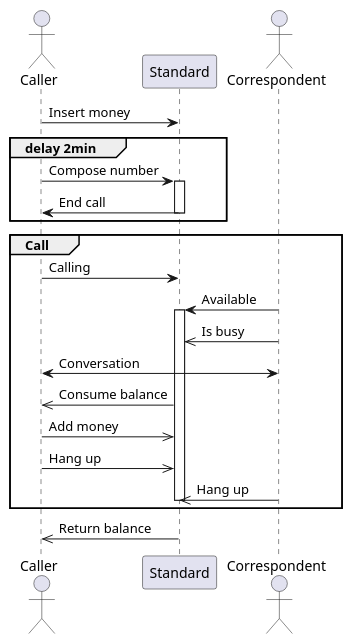
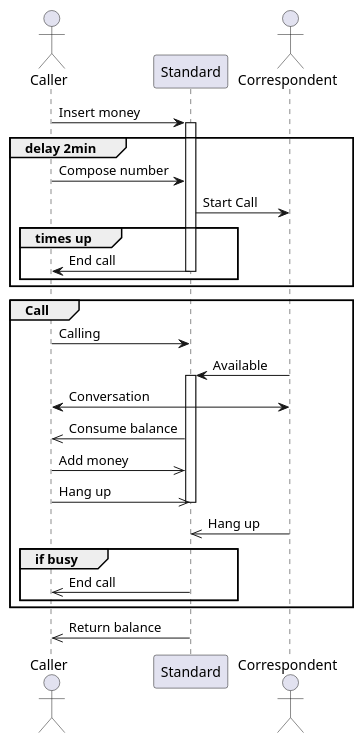
Before and after one commit to lpodev/publiphone: the diagram in sequence.puml, drawn with PlantUML.

Commit message:
Update sequence diagram

```diff
--- a/sequence.puml
+++ b/sequence.puml
@@ -1,28 +1,34 @@
 @startuml
 
 actor Caller as Caller order 1
 participant Standard order 2
 actor Correspondent order 3
 
 Caller -> Standard: Insert money
+activate Standard
 group delay 2min
 Caller -> Standard : Compose number
-activate Standard
+Standard -> Correspondent : Start Call 
+group times up 
 Standard -> Caller : End call
 deactivate Standard 
+end
 end
 group Call
 Caller -> Standard : Calling
 Correspondent -> Standard : Available 
 activate Standard
-Correspondent ->> Standard : Is busy 
 Caller <-> Correspondent : Conversation 
 Standard ->> Caller : Consume balance
 Caller ->> Standard : Add money
 Caller ->> Standard : Hang up
+deactivate Standard
 Correspondent ->> Standard : Hang up
 deactivate Standard
+group if busy
+Standard ->> Caller : End call
+end
 end
 Standard ->> Caller : Return balance
 
 @enduml
```
